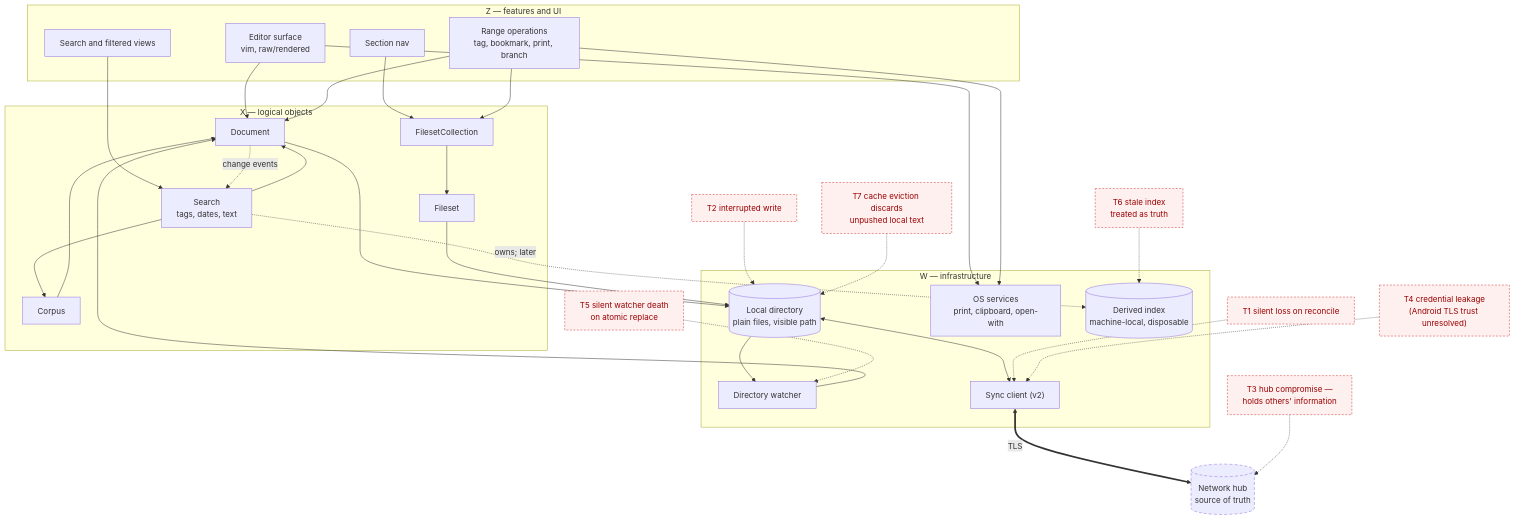
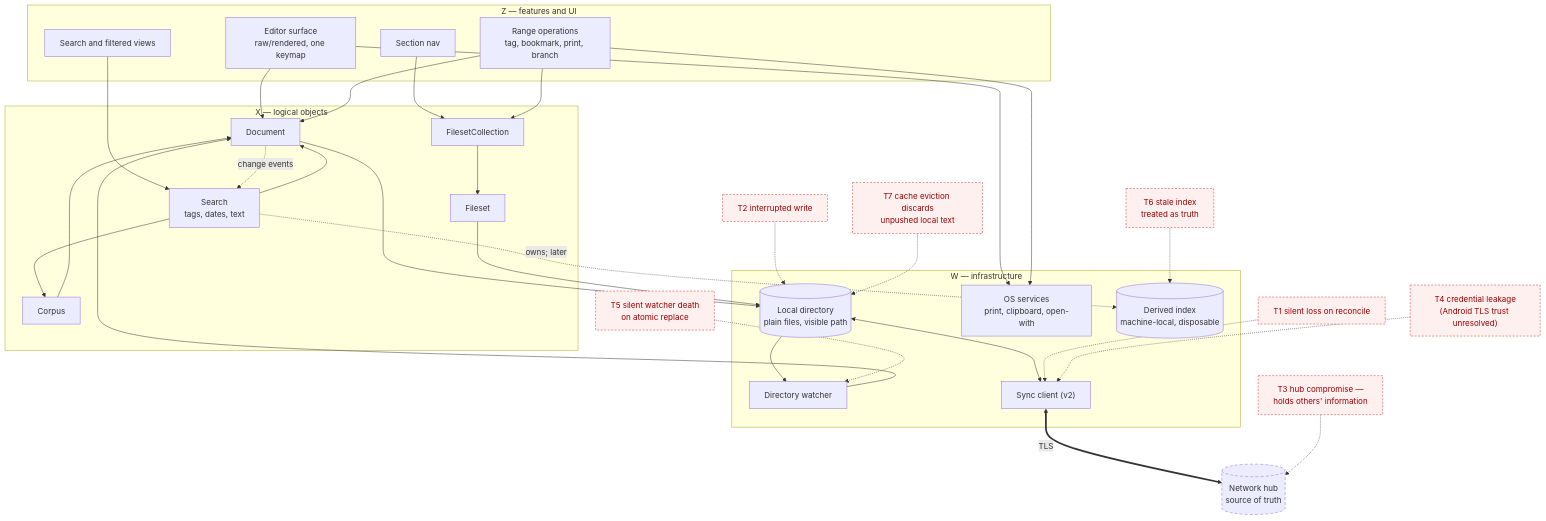
The diagram in .clarity-protocol/solution/architecture.md (yonatanzunger/tephra), drawn with Mermaid before and after one commit. The commit also changed other lines of this file and 16 other files, not shown here.

````diff
--- a/.clarity-protocol/solution/architecture.md
+++ b/.clarity-protocol/solution/architecture.md
@@ -193,59 +201,59 @@
 ```mermaid
 flowchart TB
   subgraph Z["Z — features and UI"]
-    ED["Editor surface<br/>vim, raw/rendered"]
+    ED["Editor surface<br/>raw/rendered, one keymap"]
     NAV["Section nav"]
     RET["Search and filtered views"]
     ROP["Range operations<br/>tag, bookmark, print, branch"]
   end
 
   subgraph X["X — logical objects"]
     CORP["Corpus"]
     DOC["Document"]
     FSC["FilesetCollection"]
     FS["Fileset"]
     SRCH["Search<br/>tags, dates, text"]
   end
 
   subgraph W["W — infrastructure"]
     DIR[("Local directory<br/>plain files, visible path")]
     WAT["Directory watcher"]
     OSS["OS services<br/>print, clipboard, open-with"]
     SYN["Sync client (v2)"]
     IDX[("Derived index<br/>machine-local, disposable")]
   end
 
   HUB[("Network hub<br/>source of truth")]
 
   ED --> DOC
   NAV --> FSC
   RET --> SRCH
   ROP --> DOC
   ROP --> FSC
   SRCH --> CORP
   SRCH --> DOC
   DOC -.->|"change events"| SRCH
   CORP --> DOC
   FSC --> FS
   DOC --> DIR
   FS --> DIR
   SRCH -.->|"owns; later"| IDX
   WAT --> DOC
   DIR --> WAT
   ED --> OSS
   ROP --> OSS
   DIR <--> SYN
   SYN <==>|"TLS"| HUB
 
   T1["T1 silent loss on reconcile"]:::threat -.-> SYN
   T2["T2 interrupted write"]:::threat -.-> DIR
   T3["T3 hub compromise —<br/>holds others' information"]:::threat -.-> HUB
   T4["T4 credential leakage<br/>(Android TLS trust unresolved)"]:::threat -.-> SYN
   T5["T5 silent watcher death<br/>on atomic replace"]:::threat -.-> WAT
   T6["T6 stale index<br/>treated as truth"]:::threat -.-> IDX
   T7["T7 cache eviction discards<br/>unpushed local text"]:::threat -.-> DIR
 
   classDef threat fill:#fff0f0,stroke:#c33,stroke-dasharray:4 3,color:#900;
   classDef boundary stroke-dasharray:6 4;
   class HUB boundary;
 ```
````
